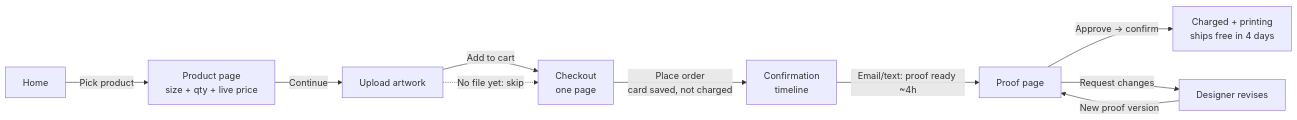
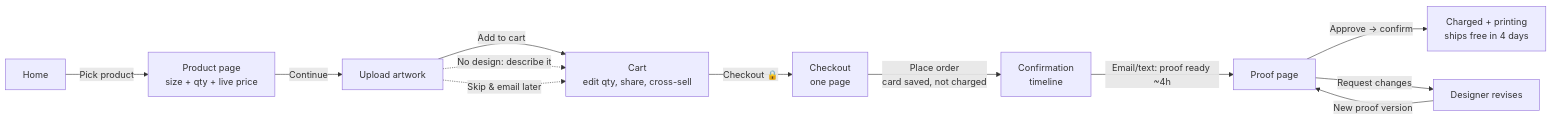
One commit to SamAbeNJIT/Test changed the diagram in docs/02-user-flow.md. Above: the diagram before and after it, drawn with Mermaid. The commit also changed other lines of this file and 11 other files, not shown here.

````diff
--- a/docs/02-user-flow.md
+++ b/docs/02-user-flow.md
@@ -7,12 +7,14 @@
 ```mermaid
 flowchart LR
   A[Home] -->|Pick product| B[Product page<br/>size + qty + live price]
   B -->|Continue| C[Upload artwork]
-  C -->|Add to cart| D[Checkout<br/>one page]
-  C -.->|No file yet: skip| D
+  C -->|Add to cart| K[Cart<br/>edit qty, share, cross-sell]
+  C -.->|No design: describe it| K
+  C -.->|Skip & email later| K
+  K -->|Checkout 🔒| D[Checkout<br/>one page]
   D -->|Place order<br/>card saved, not charged| E[Confirmation<br/>timeline]
   E -->|Email/text: proof ready ~4h| F[Proof page]
   F -->|Approve → confirm| G[Charged + printing<br/>ships free in 4 days]
   F -->|Request changes| H[Designer revises]
   H -->|New proof version| F
 ```
````
